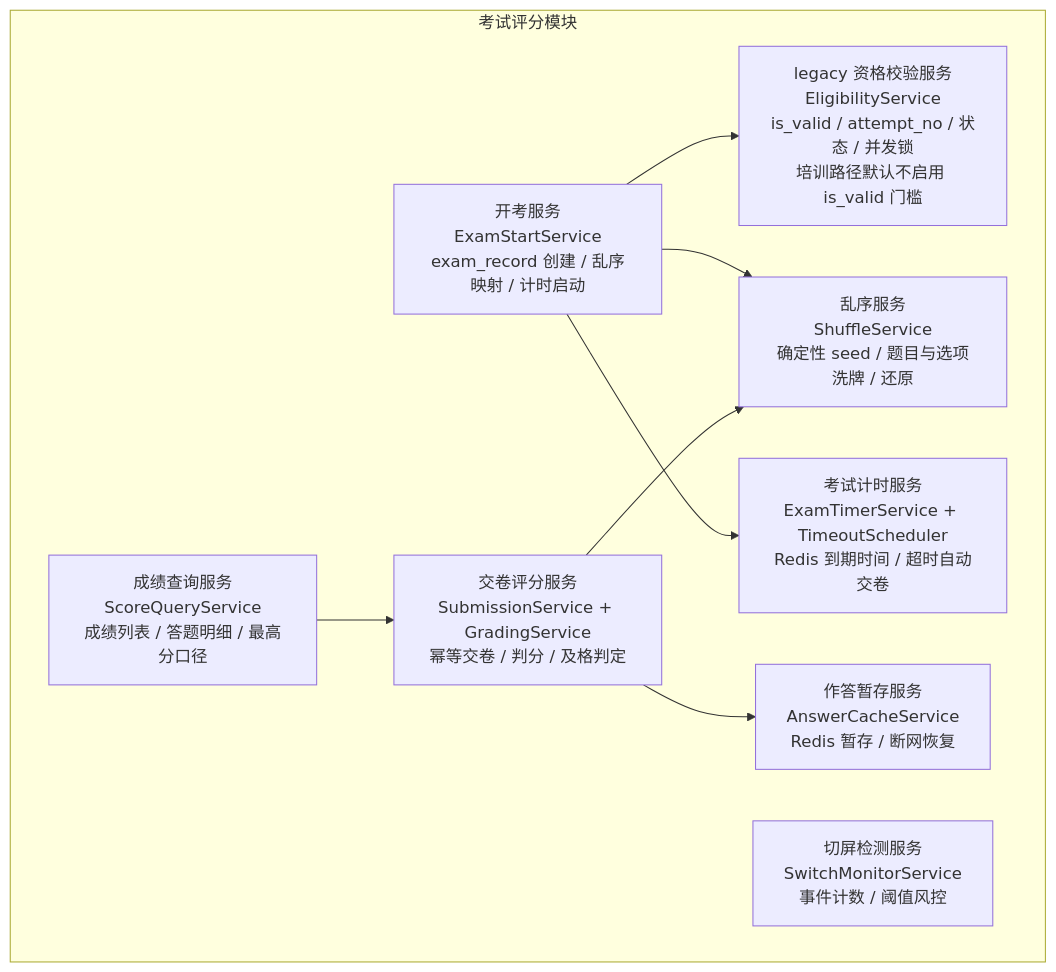
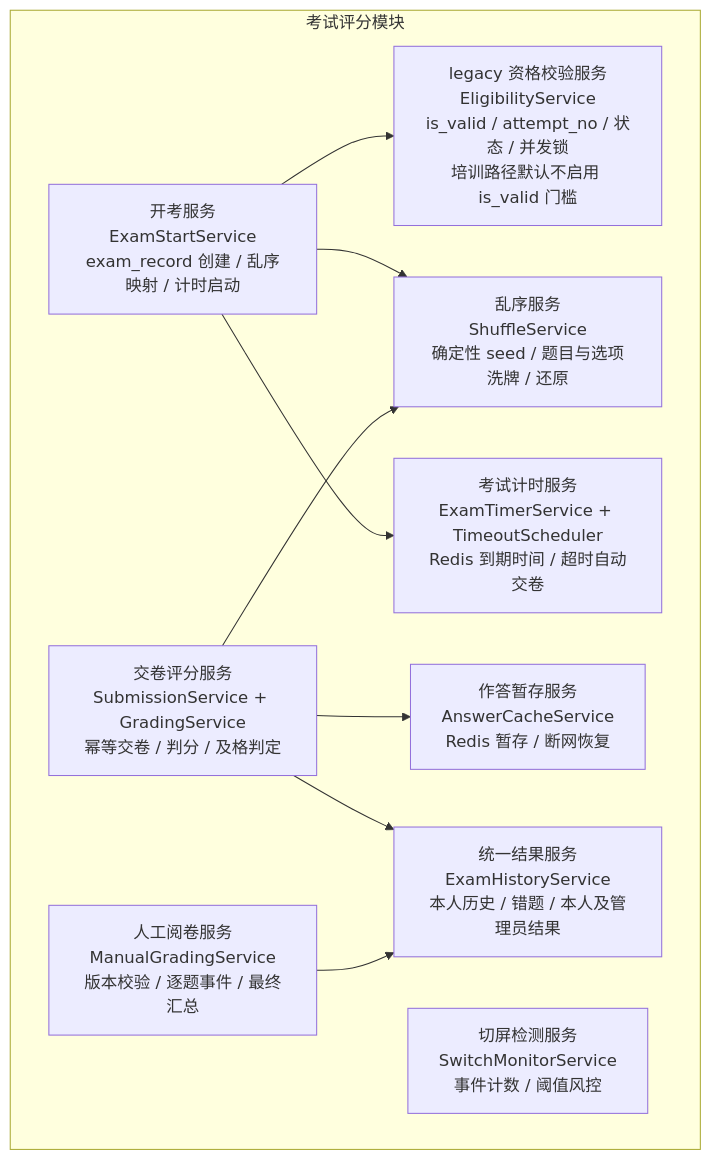
Diagram 16 of 19 in docs/design/05-模块设计.md (caoguanjie/emodor-exam), drawn with Mermaid before and after one commit. The commit also changed other lines of this file and 2 other files, not shown here.

````diff
--- a/docs/design/05-模块设计.md
+++ b/docs/design/05-模块设计.md
@@ -1099,19 +1099,21 @@
 ```mermaid
 graph TB
     subgraph MOD5["考试评分模块"]
         ELIG["legacy 资格校验服务<br/>EligibilityService<br/>is_valid / attempt_no / 状态 / 并发锁<br/>培训路径默认不启用 is_valid 门槛"]
         START["开考服务<br/>ExamStartService<br/>exam_record 创建 / 乱序映射 / 计时启动"]
         SHUFFLE["乱序服务<br/>ShuffleService<br/>确定性 seed / 题目与选项洗牌 / 还原"]
         TIMER["考试计时服务<br/>ExamTimerService + TimeoutScheduler<br/>Redis 到期时间 / 超时自动交卷"]
         ANS["作答暂存服务<br/>AnswerCacheService<br/>Redis 暂存 / 断网恢复"]
         SWITCH["切屏检测服务<br/>SwitchMonitorService<br/>事件计数 / 阈值风控"]
         GRADE["交卷评分服务<br/>SubmissionService + GradingService<br/>幂等交卷 / 判分 / 及格判定"]
-        QUERY["成绩查询服务<br/>ScoreQueryService<br/>成绩列表 / 答题明细 / 最高分口径"]
+        QUERY["统一结果服务<br/>ExamHistoryService<br/>本人历史 / 错题 / 本人及管理员结果"]
+        MANUAL["人工阅卷服务<br/>ManualGradingService<br/>版本校验 / 逐题事件 / 最终汇总"]
     end
     START --> ELIG
     START --> SHUFFLE
     START --> TIMER
     GRADE --> ANS
     GRADE --> SHUFFLE
-    QUERY --> GRADE
+    GRADE --> QUERY
+    MANUAL --> QUERY
 ```
````
